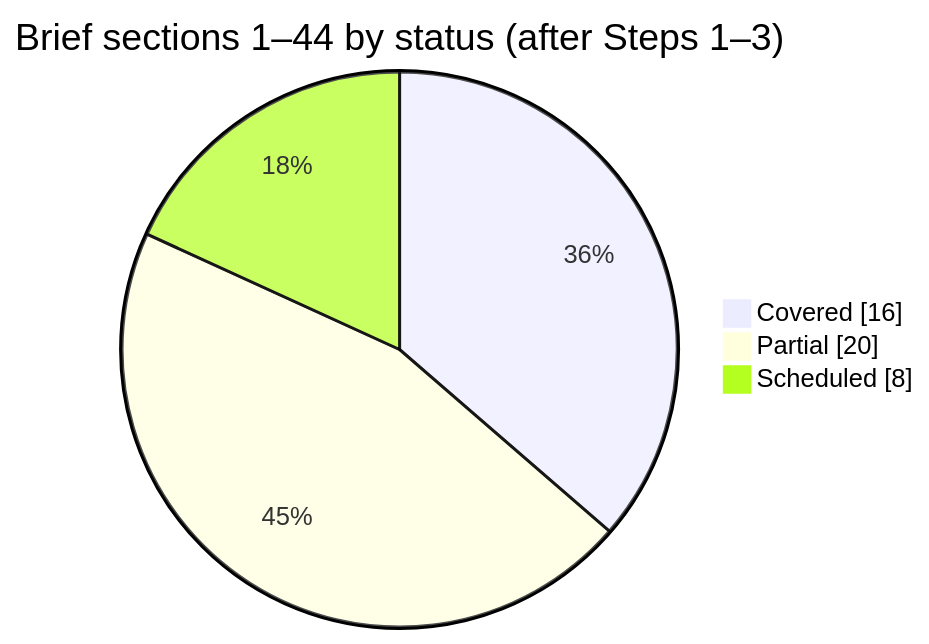
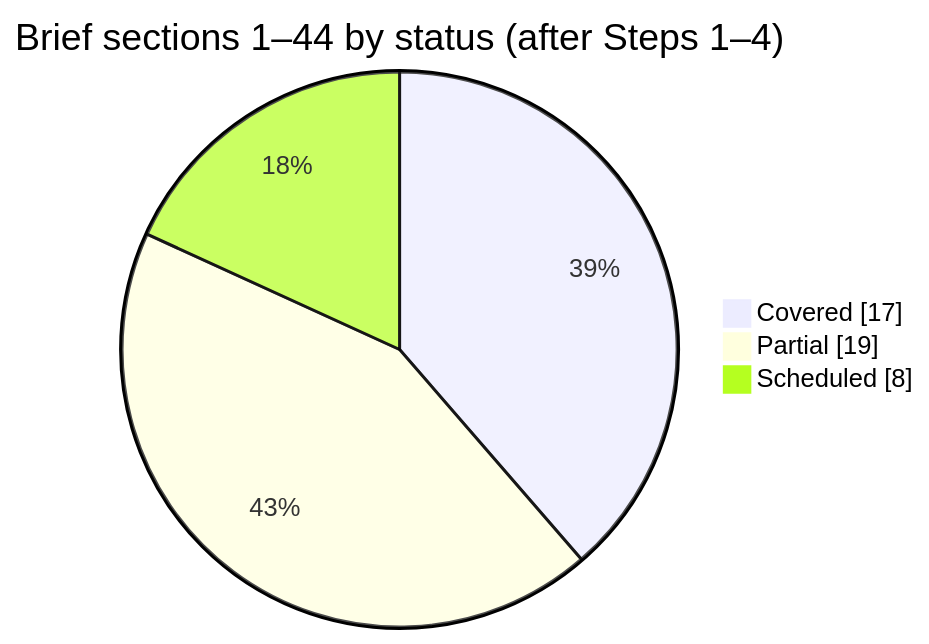
The diagram in docs/tracking/COVERAGE-MATRIX.md (adityayadav30561-rgb/MASTER-ERP), drawn with Mermaid before and after one commit. The commit also changed other lines of this file and 25 other files, not shown here.

First line of the commit message:
Accept Step 3; add Step 4 process architecture (hypothesis)

````diff
--- a/docs/tracking/COVERAGE-MATRIX.md
+++ b/docs/tracking/COVERAGE-MATRIX.md
@@ -14,7 +14,7 @@
 ```mermaid
 pie showData
-    title Brief sections 1–44 by status (after Steps 1–3)
-    "Covered" : 16
-    "Partial" : 20
+    title Brief sections 1–44 by status (after Steps 1–4)
+    "Covered" : 17
+    "Partial" : 19
     "Scheduled" : 8
 ```
````
